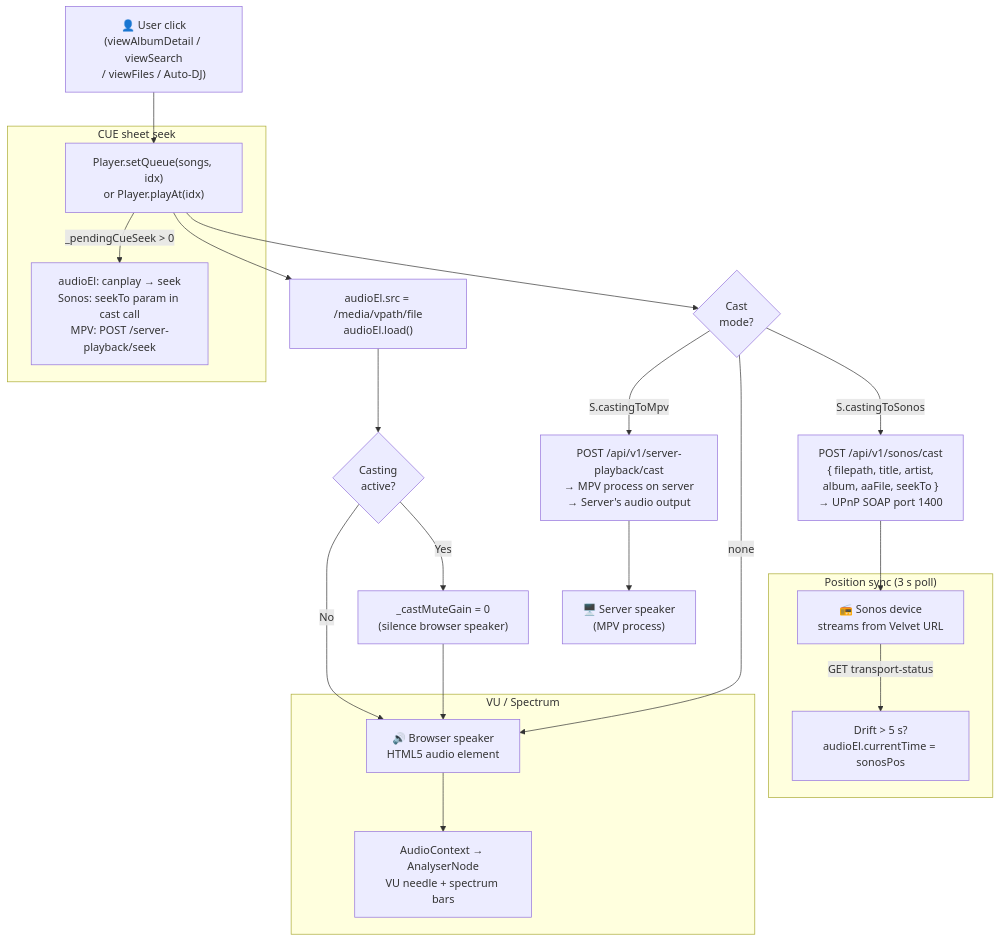
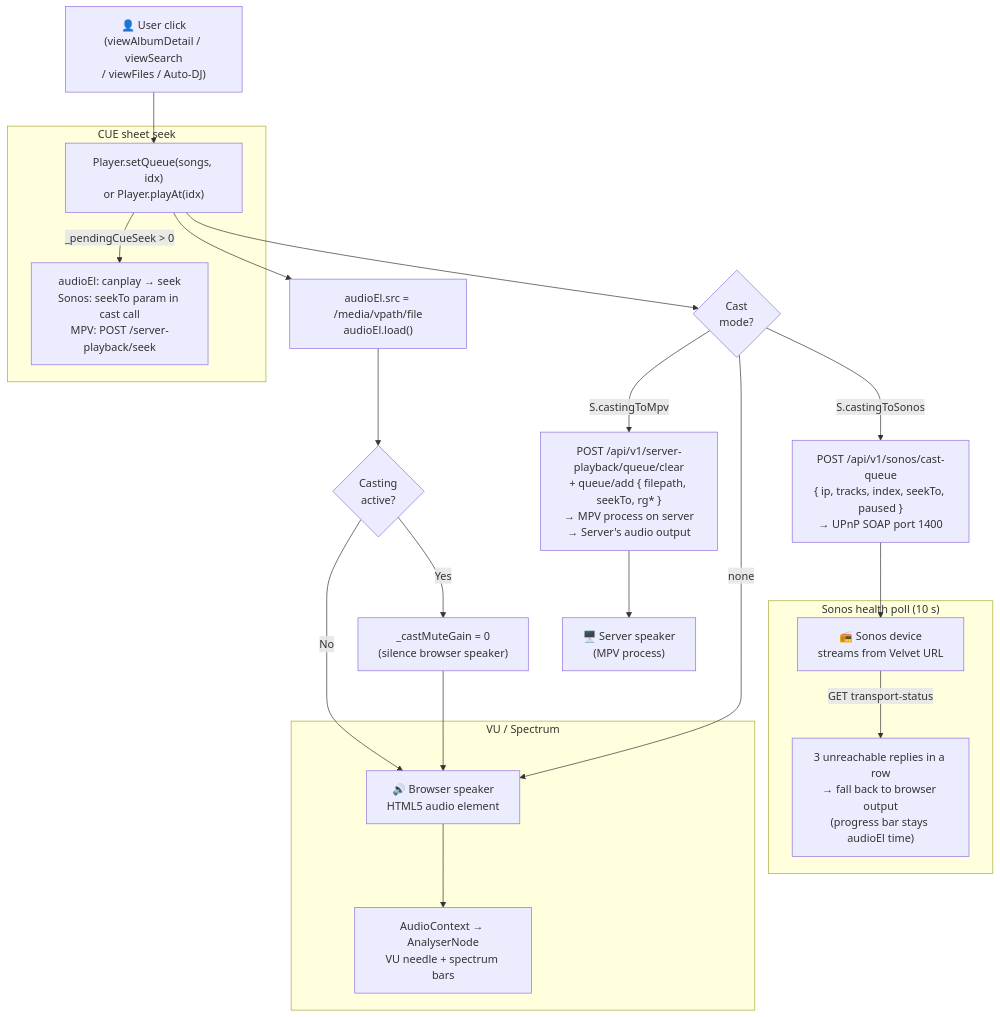
Before and after one commit to aroundmyroom/Velvet: the first of 7 diagrams in docs/architecture.md, drawn with Mermaid. The commit also changed other lines of this file and 436 other files, not shown here.

````diff
--- a/docs/architecture.md
+++ b/docs/architecture.md
@@ -11,35 +56,35 @@
 ```mermaid
 flowchart TD
     USER["👤 User click\n(viewAlbumDetail / viewSearch\n/ viewFiles / Auto-DJ)"]
 
     USER --> PLAYER["Player.setQueue(songs, idx)\nor Player.playAt(idx)"]
 
     PLAYER --> SRC["audioEl.src = /media/vpath/file\naudioEl.load()"]
 
     SRC --> MUTE{"Casting\nactive?"}
 
     MUTE -->|"Yes"| GAIN["_castMuteGain = 0\n(silence browser speaker)"]
     MUTE -->|"No"| BROWSER["🔊 Browser speaker\nHTML5 audio element"]
     GAIN --> BROWSER
 
     PLAYER --> CAST{"Cast\nmode?"}
 
-    CAST -->|"S.castingToMpv"| MPV["POST /api/v1/server-playback/cast\n→ MPV process on server\n→ Server's audio output"]
-    CAST -->|"S.castingToSonos"| SONOS["POST /api/v1/sonos/cast\n{ filepath, title, artist,\n  album, aaFile, seekTo }\n→ UPnP SOAP port 1400"]
+    CAST -->|"S.castingToMpv"| MPV["POST /api/v1/server-playback/queue/clear\n+ queue/add { filepath, seekTo, rg* }\n→ MPV process on server\n→ Server's audio output"]
+    CAST -->|"S.castingToSonos"| SONOS["POST /api/v1/sonos/cast-queue\n{ ip, tracks, index, seekTo, paused }\n→ UPnP SOAP port 1400"]
     CAST -->|"none"| BROWSER
 
     SONOS --> SONOSDEV["📻 Sonos device\nstreams from Velvet URL"]
     MPV --> MPVDEV["🖥️ Server speaker\n(MPV process)"]
 
-    subgraph "Position sync (3 s poll)"
-        SONOSDEV -->|"GET transport-status"| DRIFT["Drift > 5 s?\naudioEl.currentTime = sonosPos"]
+    subgraph "Sonos health poll (10 s)"
+        SONOSDEV -->|"GET transport-status"| HEALTH["3 unreachable replies in a row\n→ fall back to browser output\n(progress bar stays audioEl time)"]
     end
 
     subgraph "CUE sheet seek"
         PLAYER -->|"_pendingCueSeek > 0"| CUESEEK["audioEl: canplay → seek\nSonos: seekTo param in cast call\nMPV: POST /server-playback/seek"]
     end
 
     subgraph "VU / Spectrum"
         BROWSER --> VIZ["AudioContext → AnalyserNode\nVU needle + spectrum bars"]
     end
 ```
````
